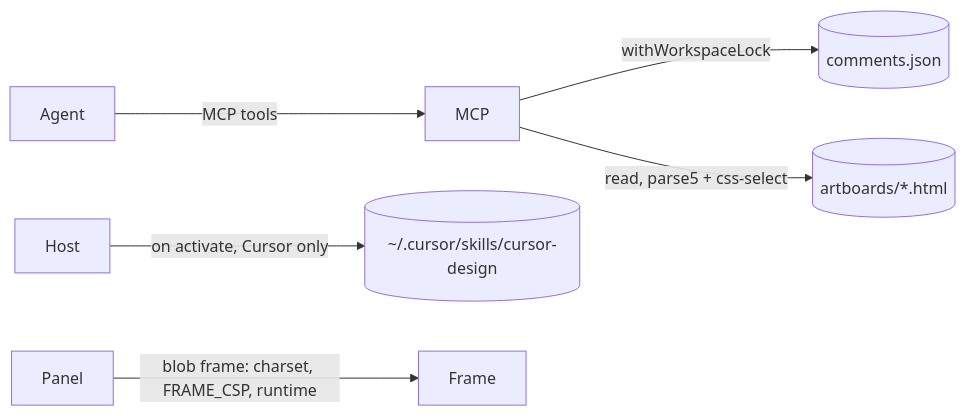
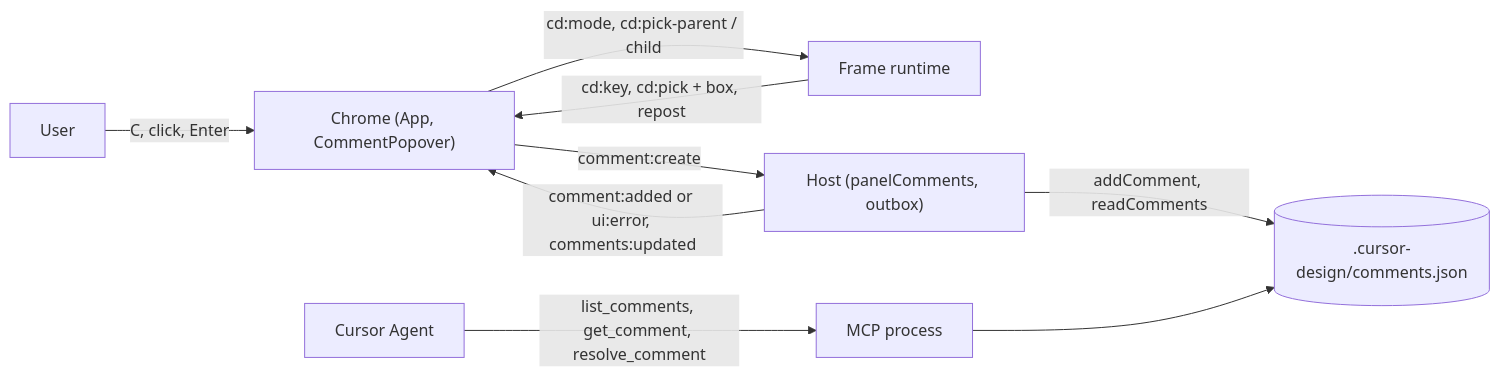
The first of 2 diagrams in blueprint/context/current-feature-overview.md (MarekBombera/cursor-design-extension), drawn with Mermaid before and after one commit. The commit also changed other lines of this file and 42 other files, not shown here.

Commit message:
feat: add Comment mode and the comment popover (8f1)

````diff
--- a/blueprint/context/current-feature-overview.md
+++ b/blueprint/context/current-feature-overview.md
@@ -49,8 +27,11 @@
 ```mermaid
 flowchart LR
-  Agent -->|MCP tools| MCP
-  MCP -->|withWorkspaceLock| Comments[(comments.json)]
-  MCP -->|read, parse5 + css-select| Artboards[(artboards/*.html)]
-  Host -->|on activate, Cursor only| Skill[(~/.cursor/skills/cursor-design)]
-  Panel -->|blob frame: charset, FRAME_CSP, runtime| Frame
+  User -->|C, click, Enter| Chrome["Chrome (App, CommentPopover)"]
+  Frame["Frame runtime"] -->|cd:key, cd:pick + box, repost| Chrome
+  Chrome -->|cd:mode, cd:pick-parent / child| Frame
+  Chrome -->|comment:create| Host["Host (panelComments, outbox)"]
+  Host -->|comment:added or ui:error, comments:updated| Chrome
+  Host -->|addComment, readComments| Disk[(".cursor-design/comments.json")]
+  Agent["Cursor Agent"] -->|list_comments, get_comment, resolve_comment| MCP["MCP process"]
+  MCP --> Disk
 ```
````
